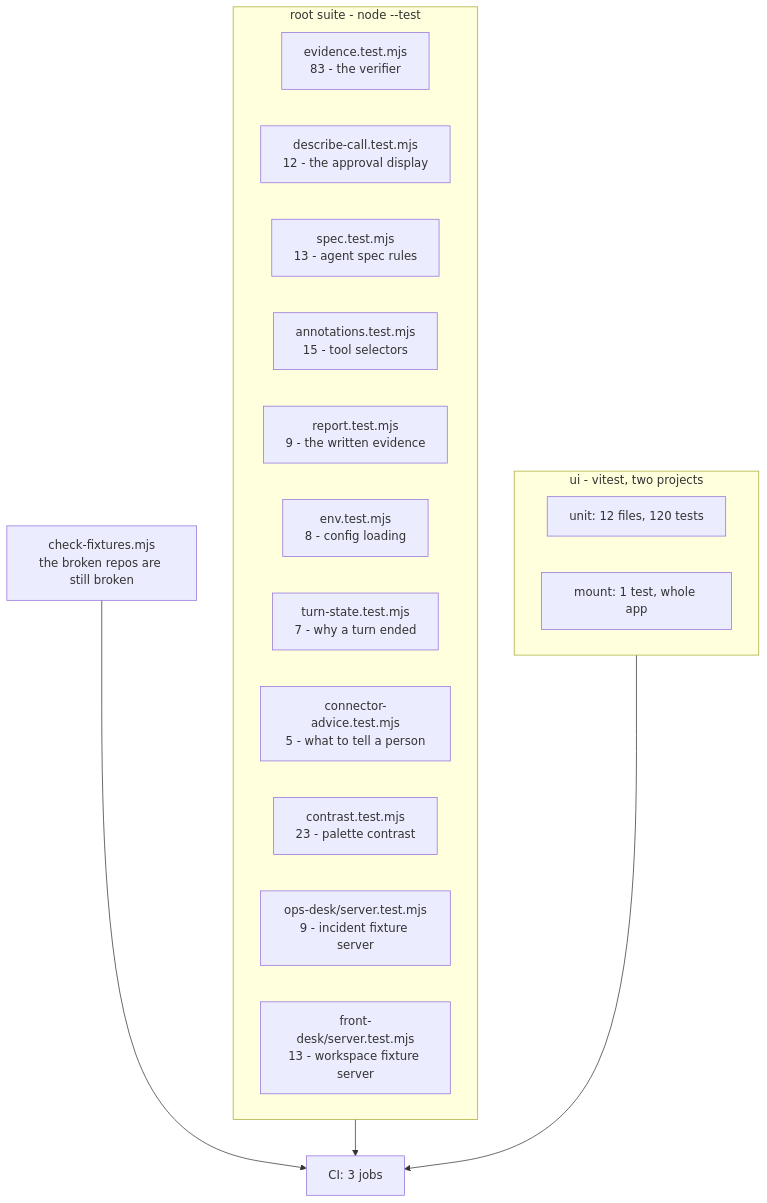
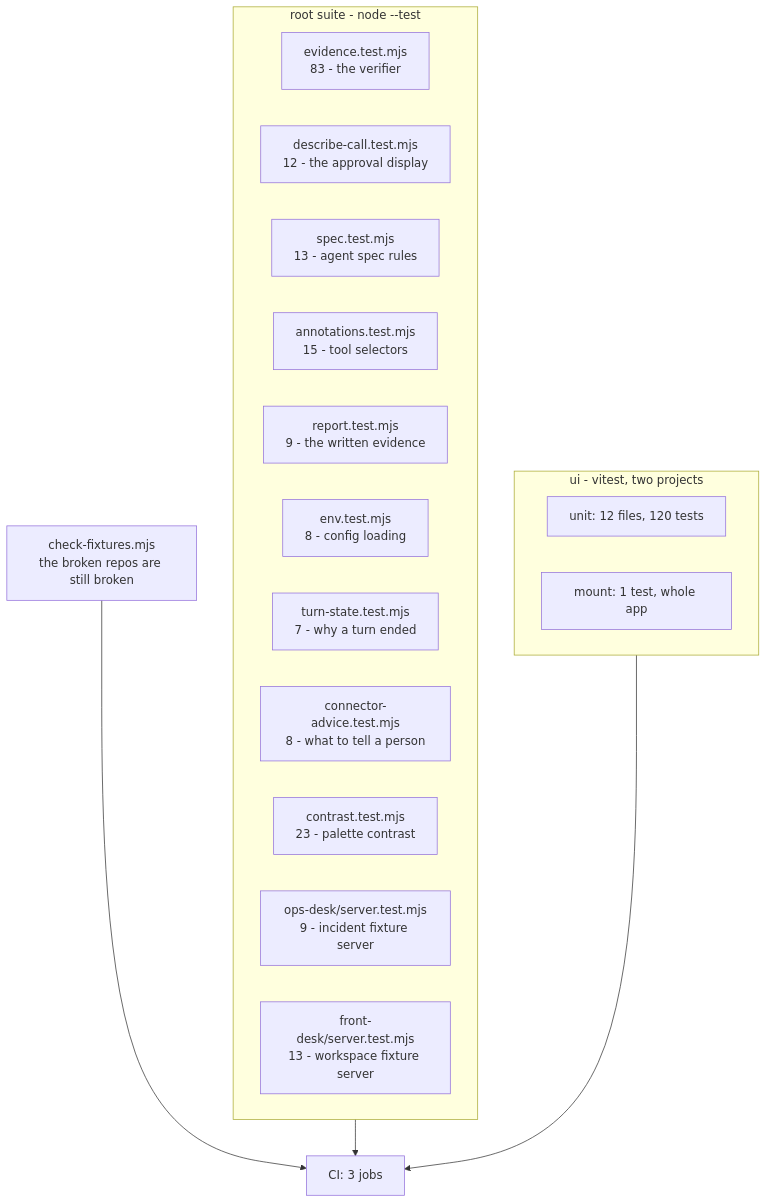
Before and after one commit to manumishra12/quartermaster: the diagram in TESTING.md, drawn with Mermaid. The commit also changed other lines of this file and 4 other files, not shown here.

````diff
--- a/TESTING.md
+++ b/TESTING.md
@@ -30,27 +30,27 @@
 ```mermaid
 flowchart TD
   subgraph root["root suite - node --test"]
     EV["evidence.test.mjs<br/>83 - the verifier"]
     DC["describe-call.test.mjs<br/>12 - the approval display"]
     SP["spec.test.mjs<br/>13 - agent spec rules"]
     AN["annotations.test.mjs<br/>15 - tool selectors"]
     RP["report.test.mjs<br/>9 - the written evidence"]
     EN["env.test.mjs<br/>8 - config loading"]
     TS["turn-state.test.mjs<br/>7 - why a turn ended"]
-    CA["connector-advice.test.mjs<br/>5 - what to tell a person"]
+    CA["connector-advice.test.mjs<br/>8 - what to tell a person"]
     CO["contrast.test.mjs<br/>23 - palette contrast"]
     OD["ops-desk/server.test.mjs<br/>9 - incident fixture server"]
     FD["front-desk/server.test.mjs<br/>13 - workspace fixture server"]
   end
 
   subgraph ui["ui - vitest, two projects"]
     U1["unit: 12 files, 120 tests"]
     U2["mount: 1 test, whole app"]
   end
 
   FX["check-fixtures.mjs<br/>the broken repos are still broken"]
 
   root --> CI["CI: 3 jobs"]
   ui --> CI
   FX --> CI
 ```
````
